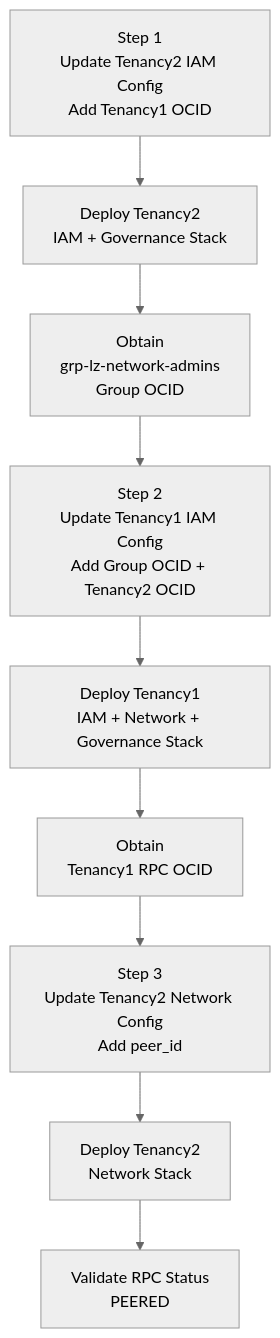
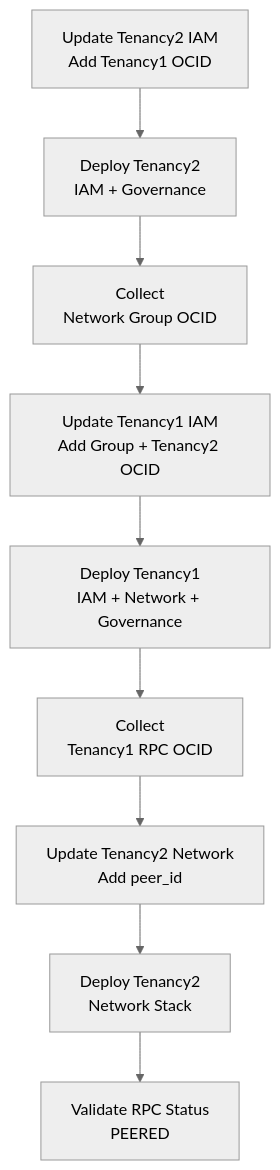
One commit to oci-landing-zones/oci-landing-zone-operating-entities changed the diagram in addons/oci-x-rpc/execution.md. Above: the diagram before and after it, drawn with Mermaid (neutral theme).

Commit message:
updating md file

````diff
--- a/addons/oci-x-rpc/execution.md
+++ b/addons/oci-x-rpc/execution.md
@@ -13,39 +13,30 @@
 ```mermaid
-
 flowchart TD
 
-    A["Step 1<br/>Update Tenancy2 IAM Config<br/>Add Tenancy1 OCID"]
+    A["Update Tenancy2 IAM<br/>Add Tenancy1 OCID"]
 
-    B["Deploy Tenancy2<br/>IAM + Governance Stack"]
+    B["Deploy Tenancy2<br/>IAM + Governance"]
 
-    C["Obtain<br/>grp-lz-network-admins<br/>Group OCID"]
+    C["Collect<br/>Network Group OCID"]
 
-    D["Step 2<br/>Update Tenancy1 IAM Config<br/>Add Group OCID + Tenancy2 OCID"]
+    D["Update Tenancy1 IAM<br/>Add Group + Tenancy2 OCID"]
 
-    E["Deploy Tenancy1<br/>IAM + Network + Governance Stack"]
+    E["Deploy Tenancy1<br/>IAM + Network + Governance"]
 
-    F["Obtain<br/>Tenancy1 RPC OCID"]
+    F["Collect<br/>Tenancy1 RPC OCID"]
 
-    G["Step 3<br/>Update Tenancy2 Network Config<br/>Add peer_id"]
+    G["Update Tenancy2 Network<br/>Add peer_id"]
 
     H["Deploy Tenancy2<br/>Network Stack"]
 
     I["Validate RPC Status<br/>PEERED"]
 
     A --> B
-
     B --> C
-
     C --> D
-
     D --> E
-
     E --> F
-
     F --> G
-
     G --> H
-
     H --> I
-
 ```
````
